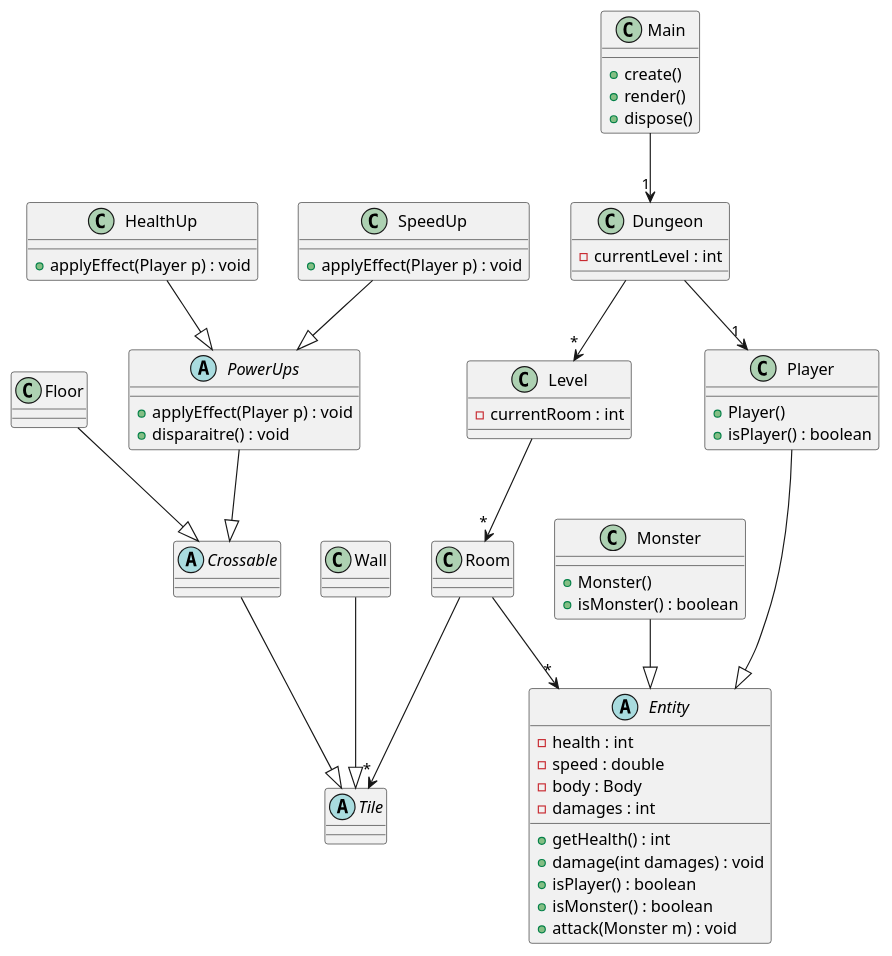
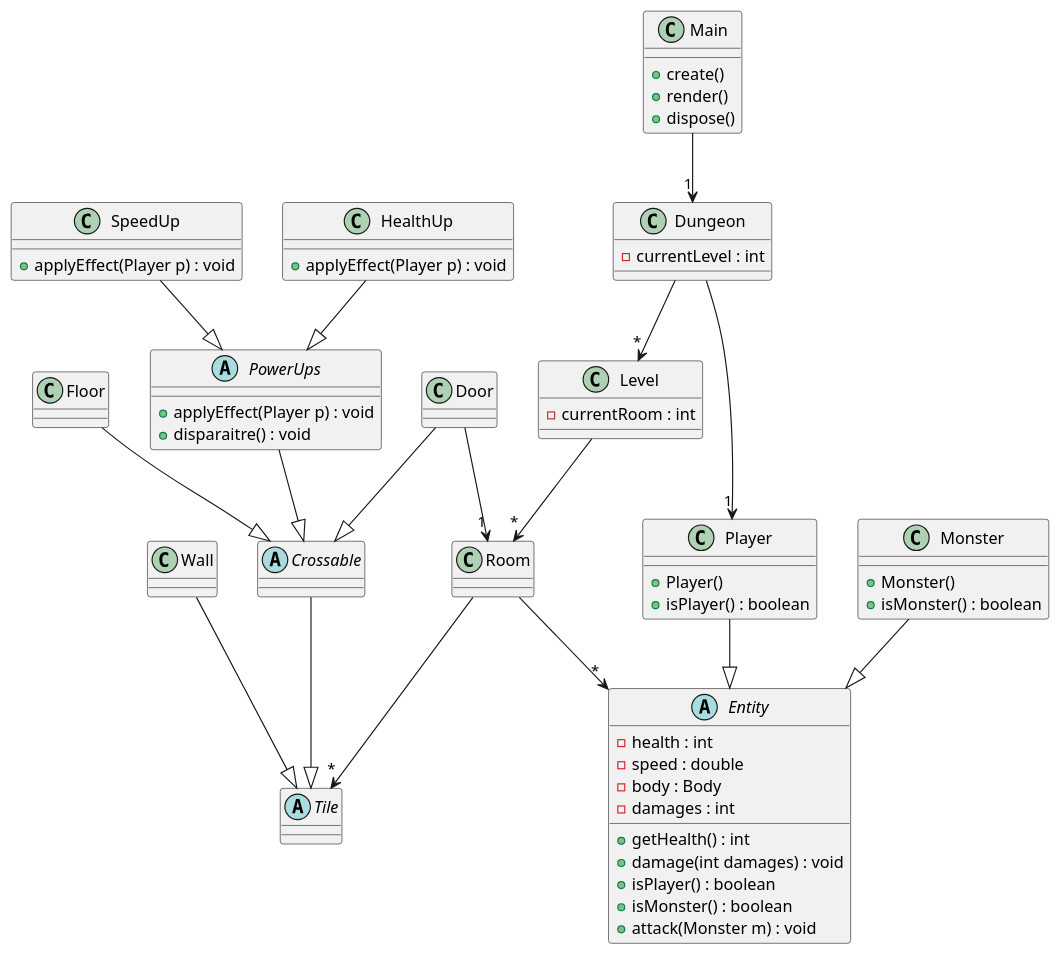
One commit to lmtb06/Dungeon changed the diagram in diagrammes/classes/all.puml. Above: the diagram before and after it, drawn with PlantUML. The commit also changed 2 other files, not shown here.

Commit message:
User stories et diagramme de classe

```diff
--- a/diagrammes/classes/all.puml
+++ b/diagrammes/classes/all.puml
@@ -1,90 +1,96 @@
 @startuml
 
 
 
 abstract class Entity {
     - health : int
     - speed : double
     - body : Body
     - damages : int
     + getHealth() : int
     + damage(int damages) : void
     + isPlayer() : boolean
     + isMonster() : boolean
     + attack(Monster m) : void
 }
 
 class Player {
     + Player()
     + isPlayer() : boolean
 }
 
 class Monster {
     + Monster()
     + isMonster() : boolean
 }
 
 class Level {
     - currentRoom : int
 }
 
 class Room {
 
 }
 
 abstract class Tile {
     
 }
 
 class Wall {
 
 }
 
 class Floor {
 
 }
 
+class Door {
+
+}
+
 class Dungeon {
     - currentLevel : int
 }
 
 abstract class Crossable {
 
 }
 
 abstract class PowerUps {
     + applyEffect(Player p) : void
     + disparaitre() : void
 }
 
 class SpeedUp{
     + applyEffect(Player p) : void
 }
 
 class HealthUp{
     + applyEffect(Player p) : void
 }
 
 class Main {
     + create()
     + render()
     + dispose()
 }
 
 Dungeon -->"1" Player
 Main -->"1" Dungeon
 Level -->"*" Room
 Dungeon -->"*" Level
 Room -->"*" Tile
 Room -->"*" Entity
 
 Player --|> Entity
 Monster --|> Entity
 
 SpeedUp --|> PowerUps
 HealthUp --|> PowerUps
 Wall --|> Tile
 Floor --|> Crossable
+Door --|> Crossable
+Door -->"1" Room
 Crossable --|> Tile
 PowerUps --|> Crossable
 @enduml
```
